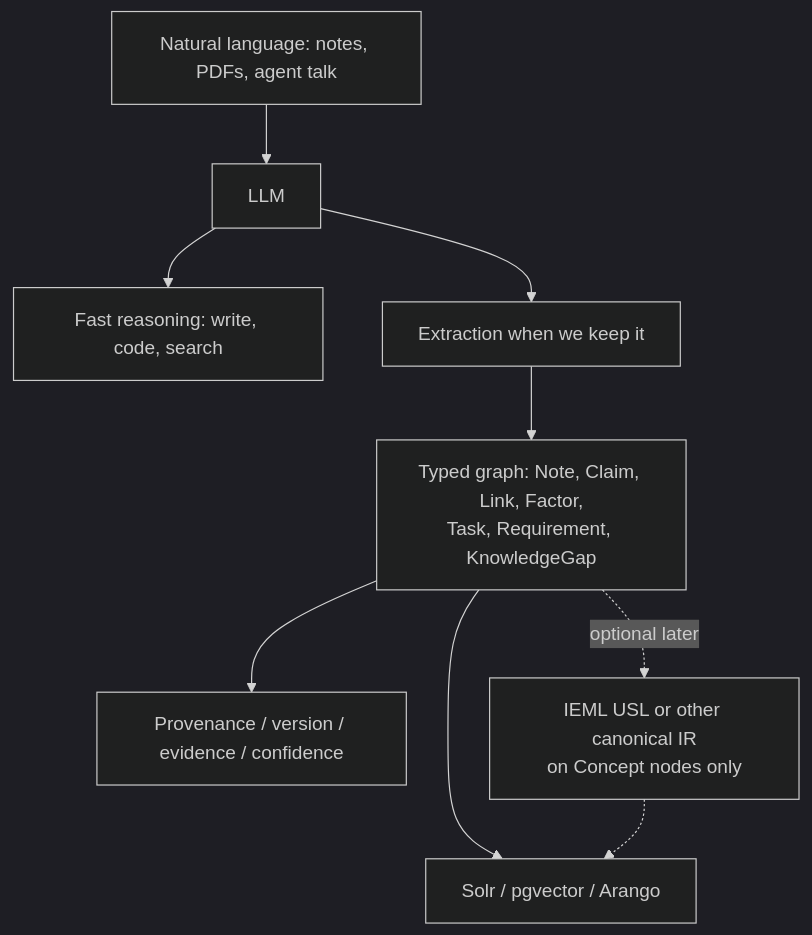
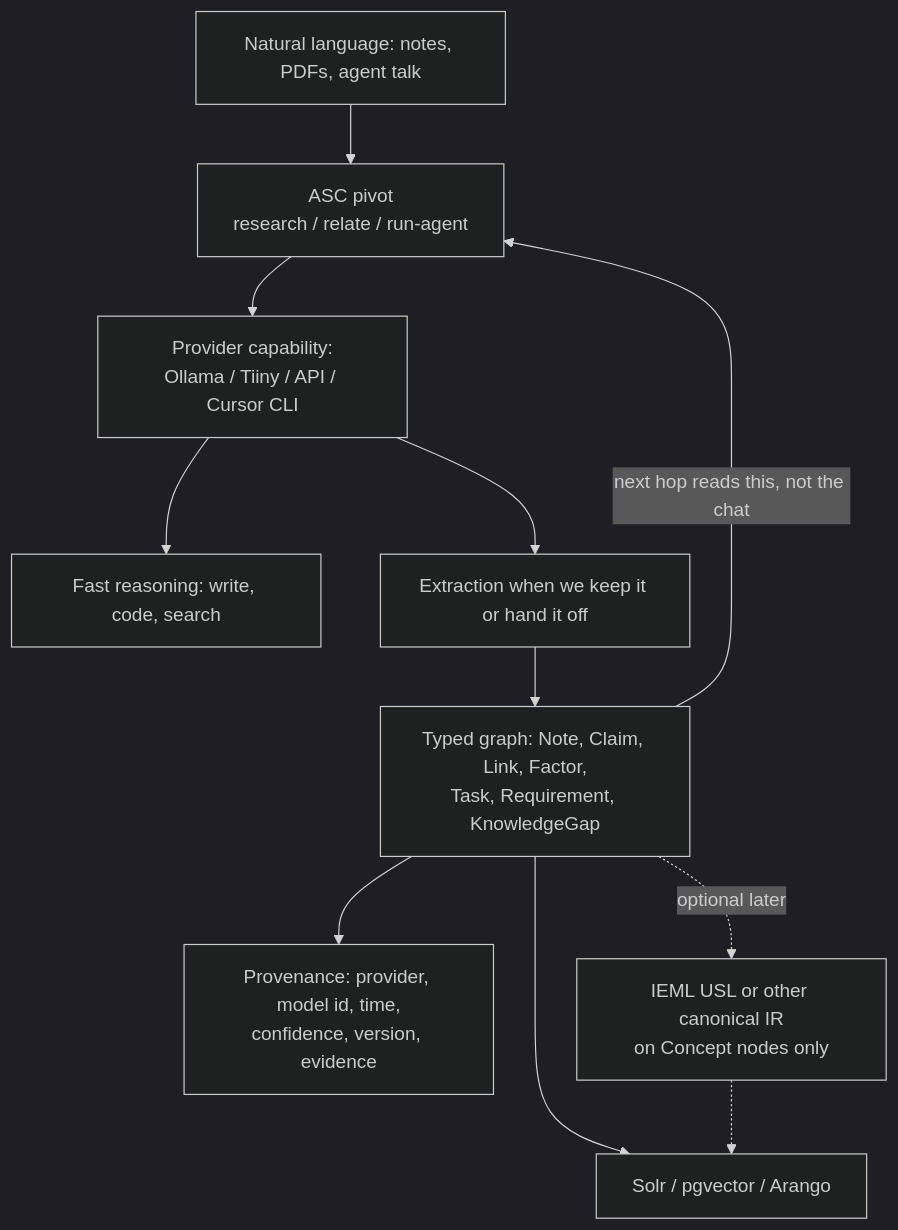
One commit to Paulmicha/projet-complexe-asc changed the sixth of 13 diagrams in data/ideas/2026/08/18-graph-rag-wikipedia-db-pedia-ieml.md. Above: the diagram before and after it, drawn with Mermaid (dark theme). The commit also changed other lines of this file and 1 other file, not shown here.

````diff
--- a/data/ideas/2026/08/18-graph-rag-wikipedia-db-pedia-ieml.md
+++ b/data/ideas/2026/08/18-graph-rag-wikipedia-db-pedia-ieml.md
@@ -462,11 +558,13 @@
 ```mermaid
 flowchart TB
-  NL[Natural language: notes, PDFs, agent talk] --> LLM
-  LLM --> FAST[Fast reasoning: write, code, search]
-  LLM --> EXT["Extraction when we keep it"]
+  NL[Natural language: notes, PDFs, agent talk] --> PIVOT["ASC pivot<br/>research / relate / run-agent"]
+  PIVOT --> PROVDR["Provider capability:<br/>Ollama / Tiiny / API / Cursor CLI"]
+  PROVDR --> FAST[Fast reasoning: write, code, search]
+  PROVDR --> EXT["Extraction when we keep it or hand it off"]
   EXT --> GRAPH["Typed graph: Note, Claim, Link, Factor,<br/>Task, Requirement, KnowledgeGap"]
-  GRAPH --> PROV[Provenance / version / evidence / confidence]
+  GRAPH --> META["Provenance: provider, model id, time,<br/>confidence, version, evidence"]
   GRAPH -.->|"optional later"| IEML["IEML USL or other canonical IR<br/>on Concept nodes only"]
   GRAPH --> ENGINES[Solr / pgvector / Arango]
   IEML -.-> ENGINES
+  GRAPH -->|"next hop reads this, not the chat"| PIVOT
 ```
````
